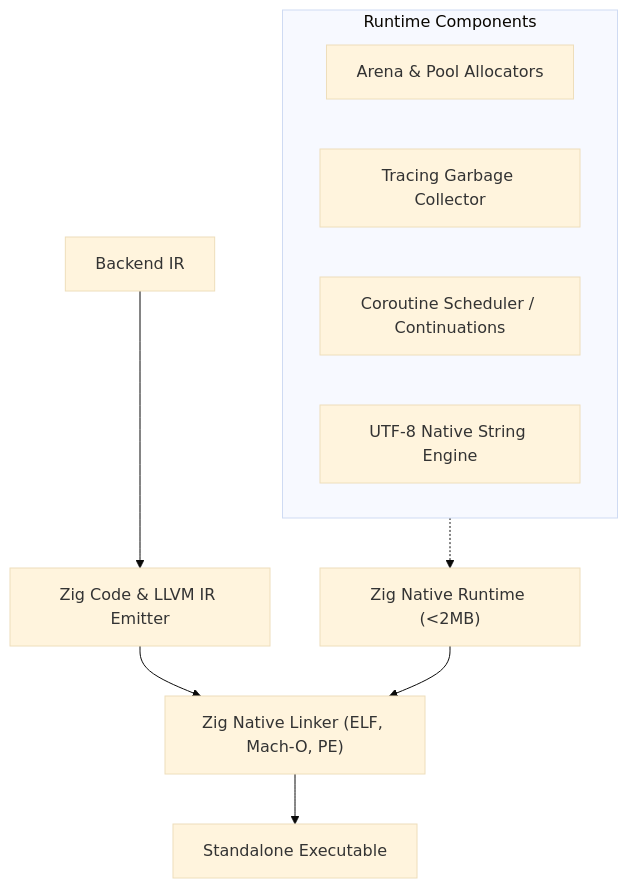
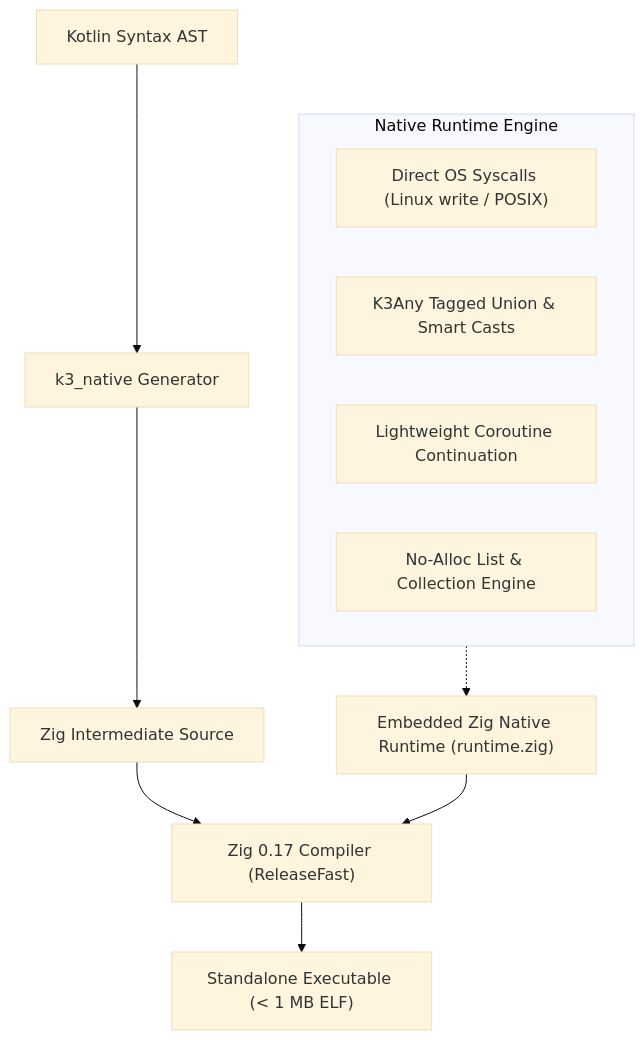
The sixth of 6 diagrams in ROADMAP.md (babar-xagi/kotlin3), drawn with Mermaid (base theme) before and after one commit. The commit also changed other lines of this file and 12 other files, not shown here.

First line of the commit message:
feat(native): Phase 6 Zig Native Runtime & Multiplatform Codegen (v0.6.0)

````diff
--- a/ROADMAP.md
+++ b/ROADMAP.md
@@ -218,15 +217,16 @@
 ```mermaid
 flowchart TD
-    IR["Backend IR"] --> ZigEmit["Zig Code & LLVM IR Emitter"]
-    ZigEmit --> Linker["Zig Native Linker (ELF, Mach-O, PE)"]
-    Runtime["Zig Native Runtime (<2MB)"] --> Linker
-    Linker --> Bin["Standalone Executable"]
+    AST["Kotlin Syntax AST"] --> NativeGen["k3_native Generator"]
+    NativeGen --> ZigSrc["Zig Intermediate Source"]
+    ZigSrc --> ZigCompiler["Zig 0.17 Compiler (ReleaseFast)"]
+    Runtime["Embedded Zig Native Runtime (runtime.zig)"] --> ZigCompiler
+    ZigCompiler --> StandaloneBin["Standalone Executable (< 1 MB ELF)"]
     
-    subgraph RuntimeDetails ["Runtime Components"]
-        Alloc["Arena & Pool Allocators"]
-        GC["Tracing Garbage Collector"]
-        Fibers["Coroutine Scheduler / Continuations"]
-        Strings["UTF-8 Native String Engine"]
+    subgraph RuntimeDetails ["Native Runtime Engine"]
+        DirectSyscall["Direct OS Syscalls (Linux write / POSIX)"]
+        K3Any["K3Any Tagged Union & Smart Casts"]
+        CPSCont["Lightweight Coroutine Continuation"]
+        ListEngine["No-Alloc List & Collection Engine"]
     end
     RuntimeDetails -.-> Runtime
 ```
````
